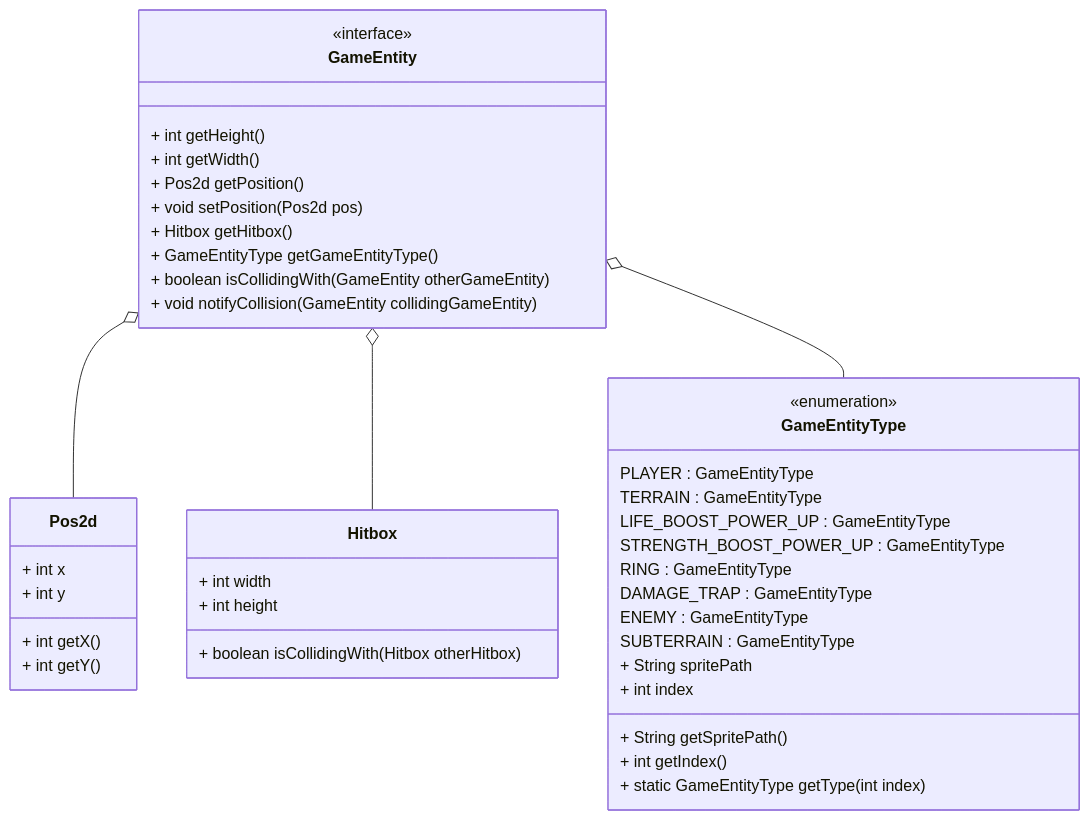
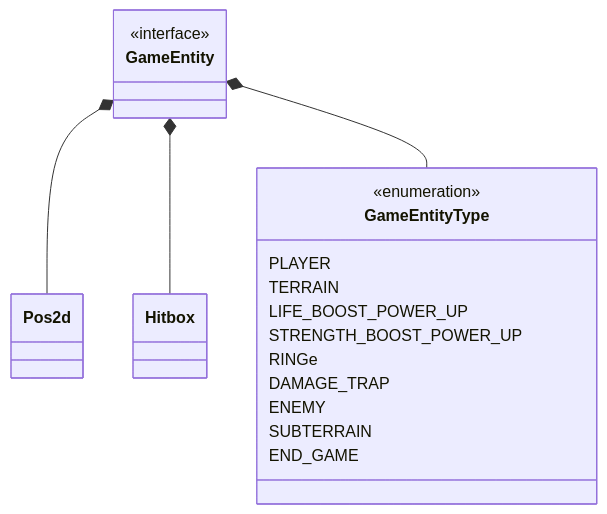
One commit to unibo-oop-projects/OOP23-FilippoMassariFilippoMassari6studio-MatteoBagnolini-FilippoMassari-SaadElMaliki-Matteo-SUPSON changed the fifth of 8 diagrams in report.md. Above: the diagram before and after it, drawn with Mermaid. The commit also changed other lines of this file, not shown here.

````diff
--- a/report.md
+++ b/report.md
@@ -231,48 +231,31 @@
 ```mermaid
 classDiagram
     class GameEntity {
         <<interface>>
-        + int getHeight()
-        + int getWidth()
-        + Pos2d getPosition()
-        + void setPosition(Pos2d pos)
-        + Hitbox getHitbox()
-        + GameEntityType getGameEntityType()
-        + boolean isCollidingWith(GameEntity otherGameEntity)
-        + void notifyCollision(GameEntity collidingGameEntity)
+
     }
 
     class GameEntityType {
         <<enumeration>>
-        PLAYER : GameEntityType
-        TERRAIN : GameEntityType
-        LIFE_BOOST_POWER_UP : GameEntityType
-        STRENGTH_BOOST_POWER_UP : GameEntityType
-        RING : GameEntityType
-        DAMAGE_TRAP : GameEntityType
-        ENEMY : GameEntityType
-        SUBTERRAIN : GameEntityType
-        + String spritePath
-        + int index
-        + String getSpritePath()
-        + int getIndex()
-        + static GameEntityType getType(int index)
+        PLAYER
+        TERRAIN
+        LIFE_BOOST_POWER_UP
+        STRENGTH_BOOST_POWER_UP
+        RINGe
+        DAMAGE_TRAP
+        ENEMY
+        SUBTERRAIN
+        END_GAME
+
     }
 
     class Pos2d {
-        + int x
-        + int y
-        + int getX()
-        + int getY()
     }
 
     class Hitbox {
-        + int width
-        + int height
-        + boolean isCollidingWith(Hitbox otherHitbox)
     }
 
-    GameEntity o-- Pos2d
-    GameEntity o-- Hitbox
-    GameEntity o-- GameEntityType
+    GameEntity *-- Pos2d
+    GameEntity *-- Hitbox
+    GameEntity *-- GameEntityType
 ```
````
